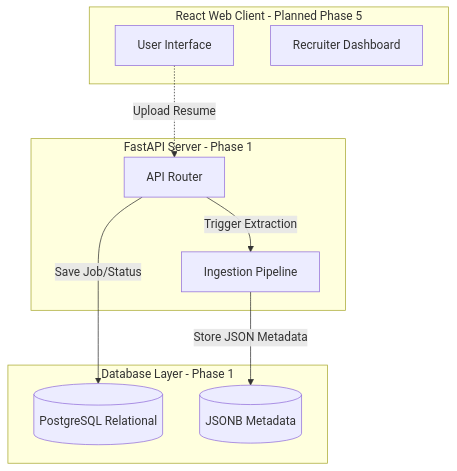
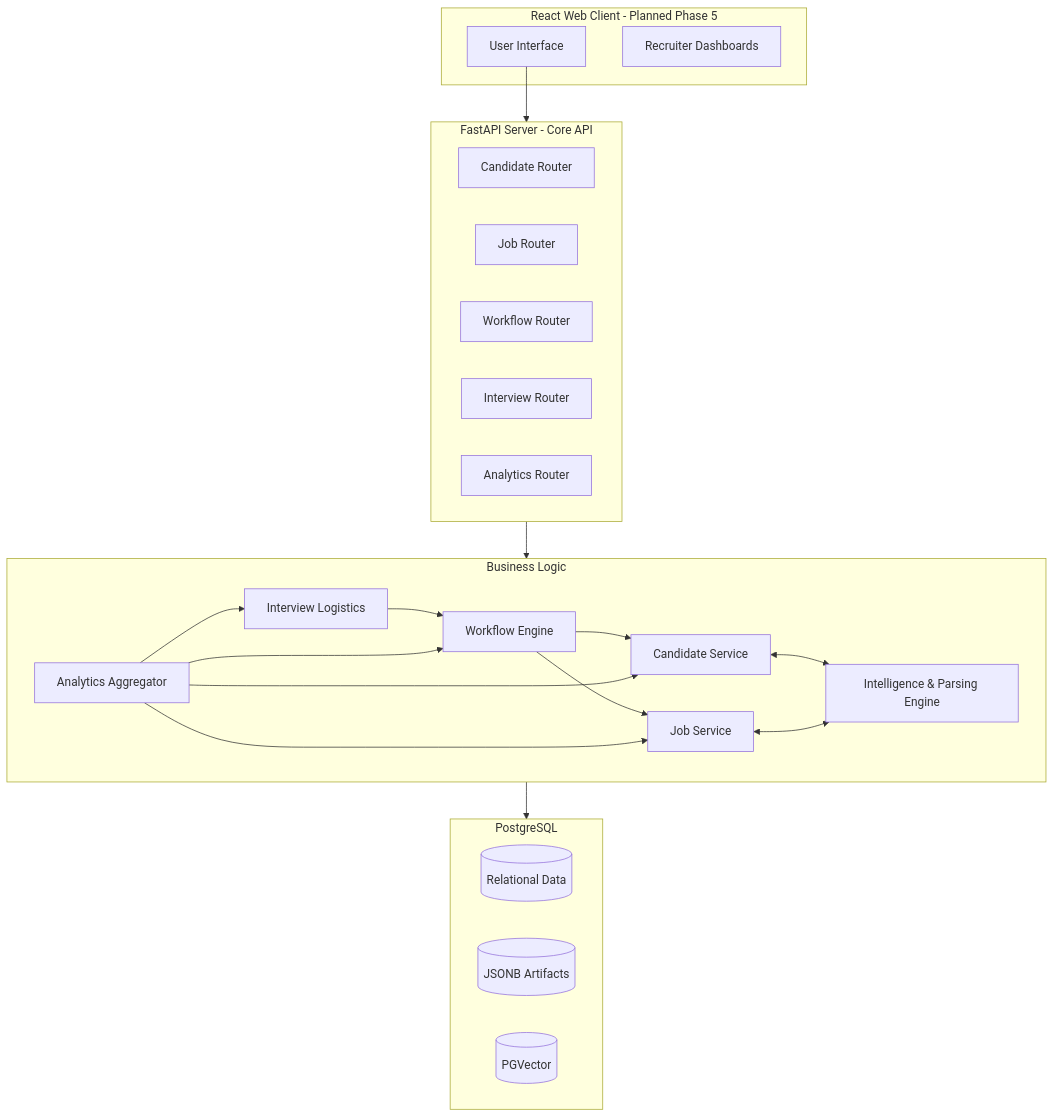
Before and after one commit to vanshbahl/resume-screener: the first of 5 diagrams in docs/04_APP_FLOW.md, drawn with Mermaid. The commit also changed other lines of this file and 5 other files, not shown here.

````diff
--- a/docs/04_APP_FLOW.md
+++ b/docs/04_APP_FLOW.md
@@ -10,24 +9,38 @@
 ```mermaid
 graph TD
     subgraph Frontend [React Web Client - Planned Phase 5]
         UI[User Interface]
-        Dashboard[Recruiter Dashboard]
+        Dash[Recruiter Dashboards]
     end
 
-    subgraph Backend [FastAPI Server - Phase 1]
-        API[API Router]
-        Pipeline[Ingestion Pipeline]
+    subgraph API [FastAPI Server - Core API]
+        R1[Candidate Router]
+        R2[Job Router]
+        R3[Workflow Router]
+        R4[Interview Router]
+        R5[Analytics Router]
     end
 
-    subgraph DB [Database Layer - Phase 1]
-        PG[(PostgreSQL Relational)]
-        JSON[(JSONB Metadata)]
+    subgraph Domains [Business Logic]
+        C[Candidate Service]
+        J[Job Service]
+        W[Workflow Engine]
+        I[Interview Logistics]
+        A[Analytics Aggregator]
+        INT[Intelligence & Parsing Engine]
     end
 
-    UI -.->|Upload Resume| API
-    
-    API -->|Save Job/Status| PG
-    API -->|Trigger Extraction| Pipeline
-    
-    Pipeline -->|Store JSON Metadata| JSON
+    subgraph Database [PostgreSQL]
+        PG[(Relational Data)]
+        JS[(JSONB Artifacts)]
+        VEC[(PGVector)]
+    end
+
+    UI --> API
+    API --> Domains
+    Domains --> Database
+    C & J <--> INT
+    W --> C & J
+    I --> W
+    A --> W & I & C & J
 ```
````
